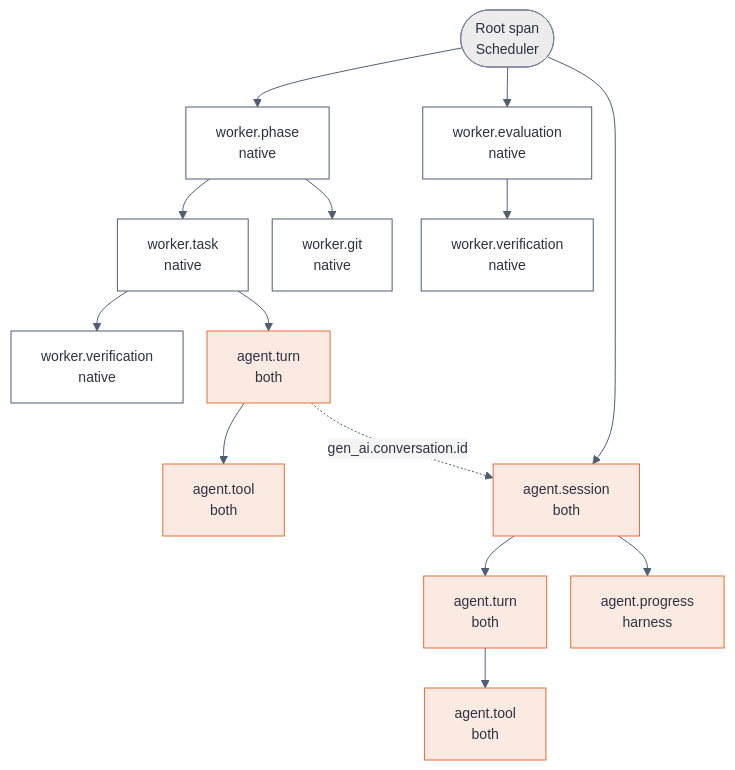
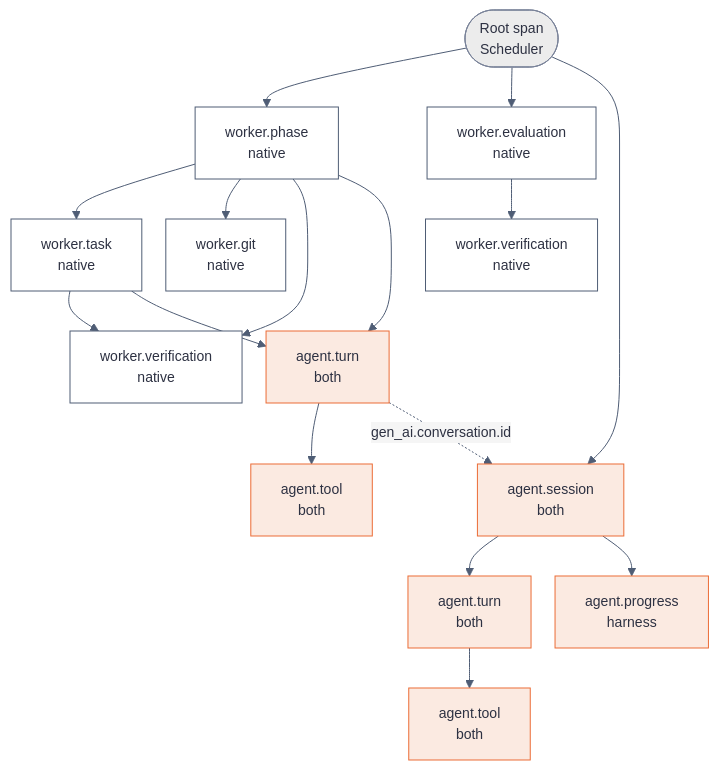
One commit to kanthorlabs/kanthord changed the diagram in docs/explanation/worker-contract.md. Above: the diagram before and after it, drawn with Mermaid. The commit also changed other lines of this file and 7 other files, not shown here.

Commit message:
docs(explanation): apply the verification findings of the coder worker pages

````diff
--- a/docs/explanation/worker-contract.md
+++ b/docs/explanation/worker-contract.md
@@ -64,24 +64,26 @@
 ```mermaid
 %%{init: {"theme": "base", "themeVariables": {"background": "#f5f5f5", "primaryColor": "#ffffff", "primaryTextColor": "#2d3142", "primaryBorderColor": "#4f5d75", "secondaryColor": "#ececec", "tertiaryColor": "#f5f5f5", "lineColor": "#4f5d75", "edgeLabelBackground": "#f5f5f5", "fontFamily": "system-ui, sans-serif", "fontSize": "14px"}, "flowchart": {"htmlLabels": true, "useMaxWidth": false, "nodeSpacing": 24, "rankSpacing": 40}}}%%
 flowchart TB
     accTitle: The span tree of one execution
-    accDescr: The Scheduler opens the root span. coder@1 adds phase, task, verification and git spans. reviewer@1 adds evaluation and verification spans. Both a native worker and an external harness add session, turn and tool spans. An external harness adds progress spans.
+    accDescr: The Scheduler opens the root span. coder@1 adds phase, task, verification and git spans, and a phase holds the release-gate verifications and the conflict turns. reviewer@1 adds evaluation and verification spans. Both a native worker and an external harness add session, turn and tool spans. An external harness adds progress spans.
     root(["Root span<br/>Scheduler"])
     root --> phase["worker.phase<br/>native"]
     phase --> task["worker.task<br/>native"]
     task --> verify["worker.verification<br/>native"]
     phase --> git["worker.git<br/>native"]
+    phase --> verify
+    phase --> turn
     root --> evaluation["worker.evaluation<br/>native"]
     evaluation --> verify2["worker.verification<br/>native"]
     task --> turn["agent.turn<br/>both"]
     root --> session["agent.session<br/>both"]
     session --> turn2["agent.turn<br/>both"]
     turn --> tool["agent.tool<br/>both"]
     turn2 --> tool2["agent.tool<br/>both"]
     session --> progress["agent.progress<br/>harness"]
     turn -. "gen_ai.conversation.id" .-> session
     classDef shared fill:#fbeae1,stroke:#eb6c36,color:#2d3142;
     classDef outcome fill:#ececec,stroke:#7a8399,color:#2d3142;
     class session,turn,turn2,tool,tool2,progress shared;
     class root outcome;
 ```
````
